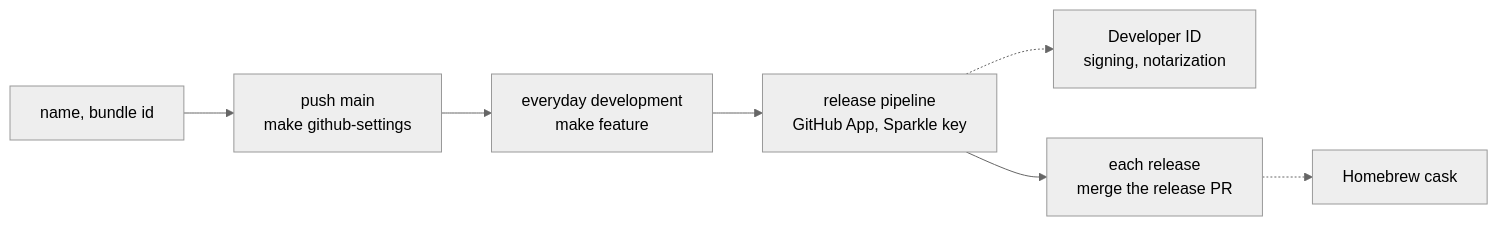
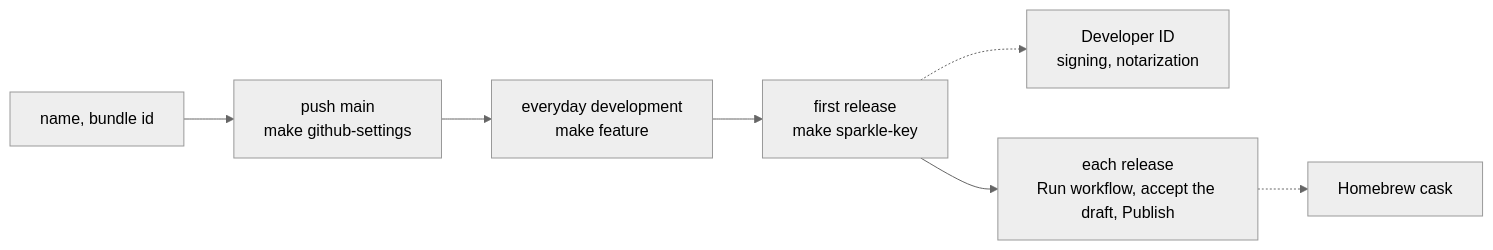
One commit to chengzi-io/macos-swiftui-spm-template changed the second of 2 diagrams in README.md. Above: the diagram before and after it, drawn with Mermaid (neutral theme). The commit also changed other lines of this file and 50 other files, not shown here.

First line of the commit message:
feat(releases): ship the pipeline in the template

````diff
--- a/README.md
+++ b/README.md
@@ -60,9 +60,9 @@
 ```mermaid
 flowchart LR
     project["name, bundle id"] --> repo["push main<br/>make github-settings"]
     repo --> dev["everyday development<br/>make feature"]
-    dev --> releases["release pipeline<br/>GitHub App, Sparkle key"]
-    releases -.-> signing["Developer ID<br/>signing, notarization"]
-    releases --> ship["each release<br/>merge the release PR"]
+    dev --> first["first release<br/>make sparkle-key"]
+    first -.-> signing["Developer ID<br/>signing, notarization"]
+    first --> ship["each release<br/>Run workflow, accept the draft, Publish"]
     ship -.-> brew["Homebrew cask"]
 ```
````
